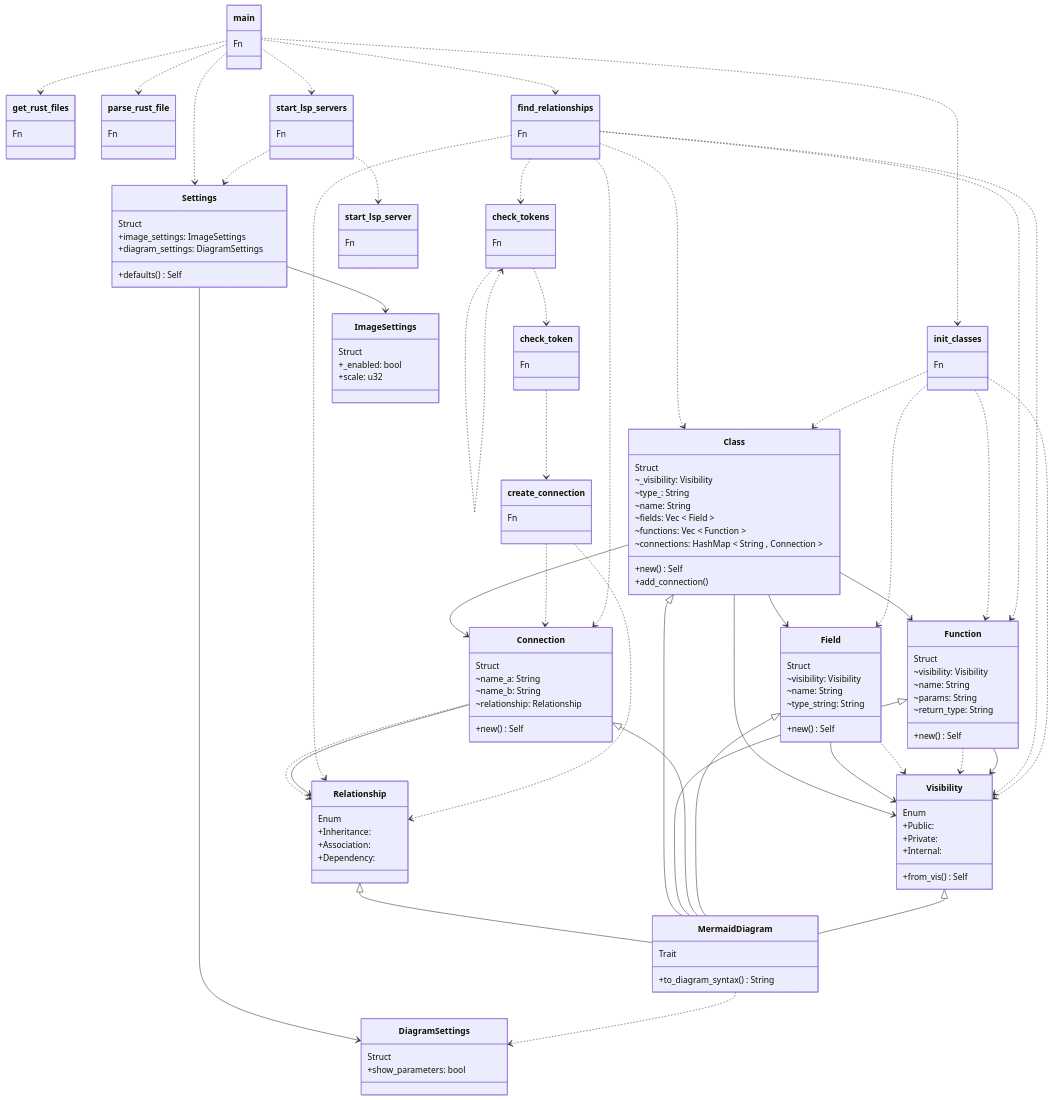
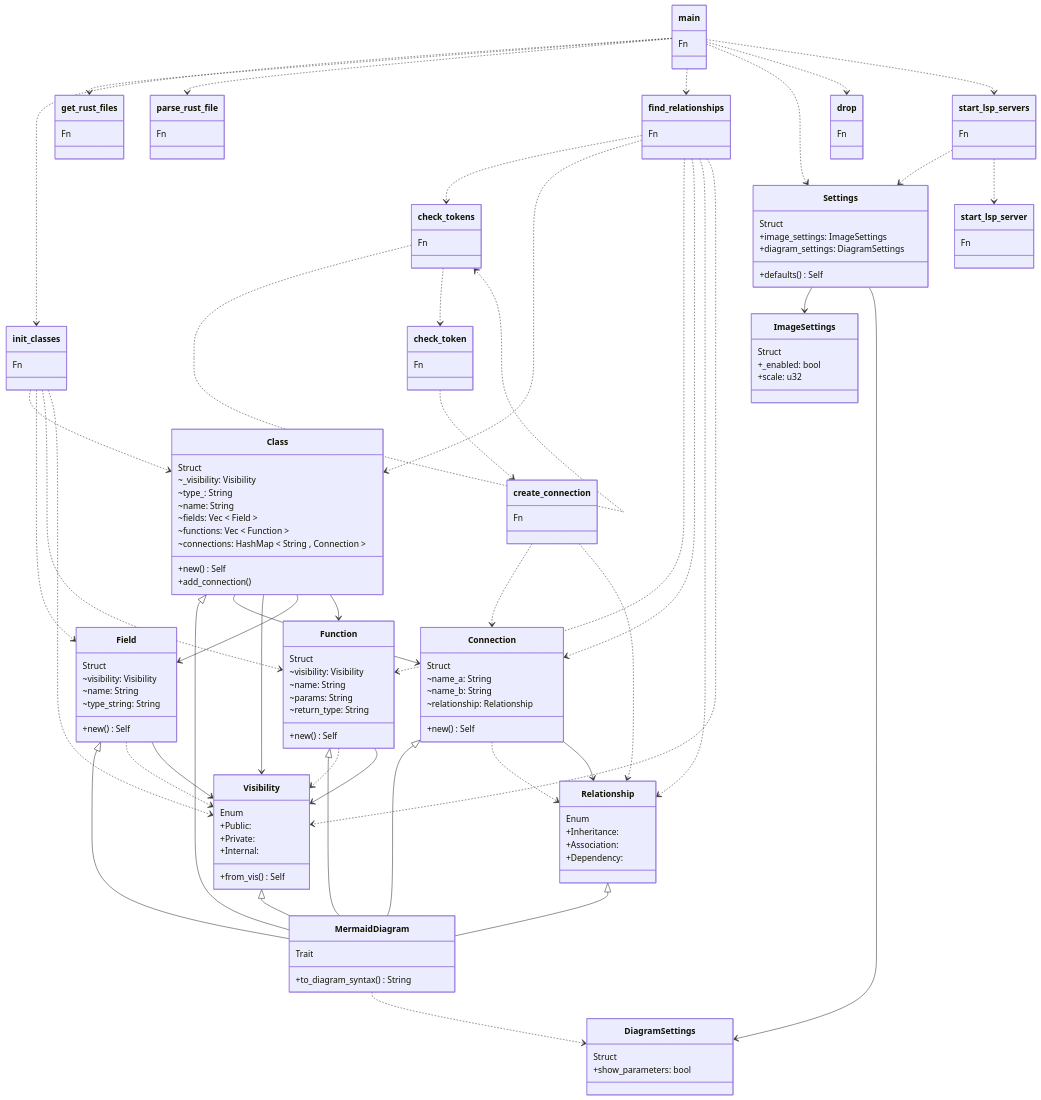
Before and after one commit to gusjengis/mermaid-class-diagrams: the diagram in diagram.mmd, drawn with Mermaid. The commit also changed 9 other files, not shown here.

```diff
--- a/diagram.mmd
+++ b/diagram.mmd
@@ -1,178 +1,184 @@
 classDiagram
 
 class init_classes {
 Fn
 }
 
 main ..> init_classes
 
 class get_rust_files {
 Fn
 }
 
 main ..> get_rust_files
 
 class parse_rust_file {
 Fn
 }
 
 main ..> parse_rust_file
 
 class MermaidDiagram {
 Trait
 +to_diagram_syntax() String
 }
 
-Relationship <|-- MermaidDiagram
-Class <|-- MermaidDiagram
 Function <|-- MermaidDiagram
-Connection <|-- MermaidDiagram
 Field <|-- MermaidDiagram
 Visibility <|-- MermaidDiagram
+Class <|-- MermaidDiagram
+Relationship <|-- MermaidDiagram
+Connection <|-- MermaidDiagram
 
 class find_relationships {
 Fn
 }
 
 main ..> find_relationships
 
 class check_tokens {
 Fn
 }
 
 check_tokens ..> check_tokens
 find_relationships ..> check_tokens
 
 class check_token {
 Fn
 }
 
 check_tokens ..> check_token
 
 class create_connection {
 Fn
 }
 
 check_token ..> create_connection
 
 class Class {
 Struct
 ~_visibility: Visibility
 ~type_: String
 ~name: String
 ~fields: Vec < Field >
 ~functions: Vec < Function >
 ~connections: HashMap < String , Connection >
 +new() Self
 +add_connection() 
 }
 
-Class --> Function
+Class --> Connection
 Class --> Visibility
-find_relationships ..> Class
 Class --> Field
 init_classes ..> Class
-Class --> Connection
+Class --> Function
+find_relationships ..> Class
 
 class Field {
 Struct
 ~visibility: Visibility
 ~name: String
 ~type_string: String
 +new() Self
 }
 
-Field --> Visibility
 Field ..> Visibility
 init_classes ..> Field
+Field --> Visibility
 
 class Function {
 Struct
 ~visibility: Visibility
 ~name: String
 ~params: String
 ~return_type: String
 +new() Self
 }
 
-init_classes ..> Function
 Function ..> Visibility
 Function --> Visibility
 find_relationships ..> Function
+init_classes ..> Function
 
 class Connection {
 Struct
 ~name_a: String
 ~name_b: String
 ~relationship: Relationship
 +new() Self
 }
 
 Connection ..> Relationship
+find_relationships ..> Connection
 create_connection ..> Connection
-find_relationships ..> Connection
 Connection --> Relationship
 
 class Relationship {
 Enum
 +Inheritance: 
 +Association: 
 +Dependency: 
 }
 
 find_relationships ..> Relationship
 create_connection ..> Relationship
 
 class Visibility {
 Enum
 +Public: 
 +Private: 
 +Internal: 
 +from_vis() Self
 }
 
+init_classes ..> Visibility
 find_relationships ..> Visibility
-init_classes ..> Visibility
 
 class Settings {
 Struct
 +image_settings: ImageSettings
 +diagram_settings: DiagramSettings
 +defaults() Self
 }
 
+Settings --> ImageSettings
 main ..> Settings
 Settings --> DiagramSettings
-Settings --> ImageSettings
 start_lsp_servers ..> Settings
 
 class ImageSettings {
 Struct
 +_enabled: bool
 +scale: u32
 }
 
 
 class DiagramSettings {
 Struct
 +show_parameters: bool
 }
 
 MermaidDiagram ..> DiagramSettings
 
 class main {
 Fn
 }
 
 
+class drop {
+Fn
+}
+
+main ..> drop
+
 class start_lsp_servers {
 Fn
 }
 
 main ..> start_lsp_servers
 
 class start_lsp_server {
 Fn
 }
 
 start_lsp_servers ..> start_lsp_server
```
